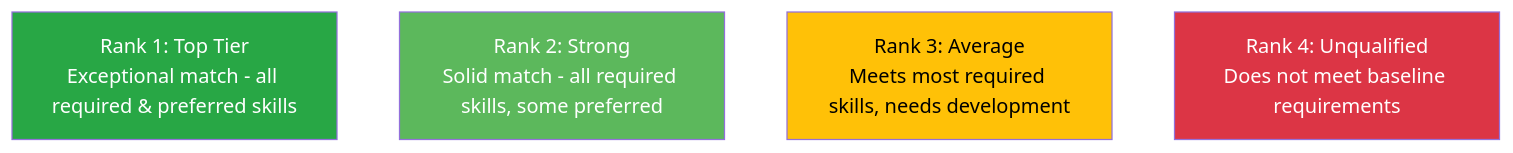
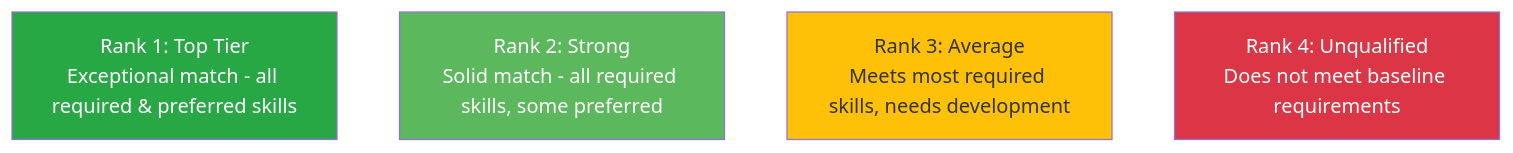
One commit to Jackson-G2/bullhorn-ai-integration changed the second of 6 diagrams in README.md. Above: the diagram before and after it, drawn with Mermaid. The commit also changed other lines of this file and 15 other files, not shown here.

First line of the commit message:
Fix diagram text readability by using dark text on light fills

````diff
--- a/README.md
+++ b/README.md
@@ -89,12 +66,12 @@
 ```mermaid
 flowchart TD
     Rank1["Rank 1: Top Tier<br/>Exceptional match - all required & preferred skills"]
     Rank2["Rank 2: Strong<br/>Solid match - all required skills, some preferred"]
     Rank3["Rank 3: Average<br/>Meets most required skills, needs development"]
     Rank4["Rank 4: Unqualified<br/>Does not meet baseline requirements"]
-    
+
     style Rank1 fill:#28A745,color:#fff
     style Rank2 fill:#5CB85C,color:#fff
-    style Rank3 fill:#FFC107,color:#000
+    style Rank3 fill:#FFC107,color:#333
     style Rank4 fill:#DC3545,color:#fff
 ```
````
